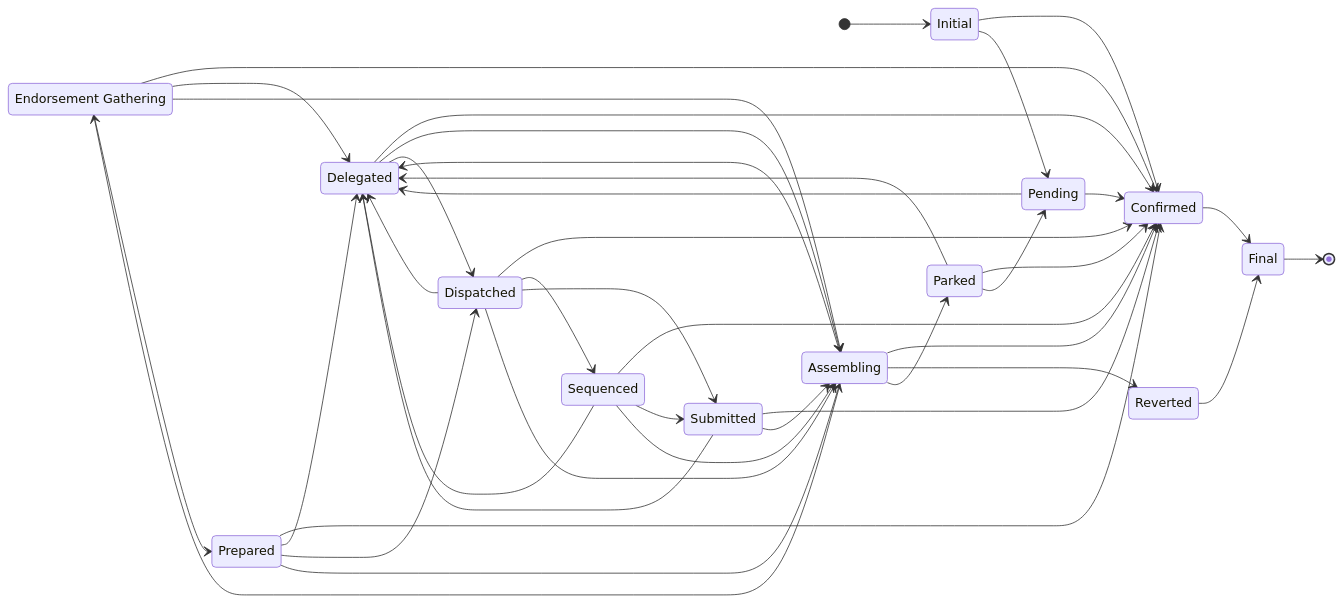
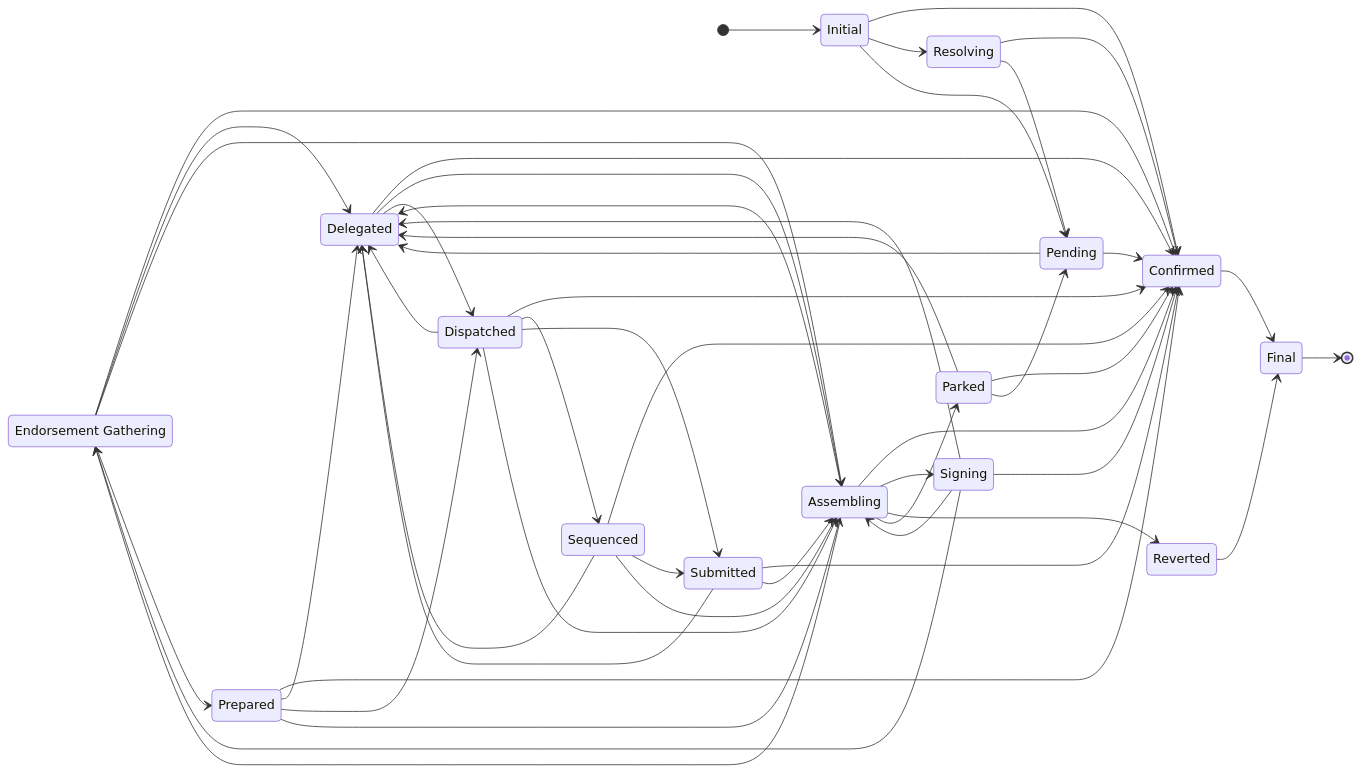
One commit to LFDT-Paladin/paladin changed the fourth of 4 diagrams in doc-site/docs/architecture/distributed_sequencer_state_machine.md. Above: the diagram before and after it, drawn with Mermaid. The commit also changed other lines of this file and 15 other files, not shown here.

````diff
--- a/doc-site/docs/architecture/distributed_sequencer_state_machine.md
+++ b/doc-site/docs/architecture/distributed_sequencer_state_machine.md
@@ -168,45 +165,53 @@
 ```mermaid
 %%{init: {'themeVariables': {'background': 'transparent'}}}%%
 stateDiagram-v2
     direction LR
     state "Endorsement Gathering" as Endorsement_Gathering
     [*] --> Initial
     Initial --> Confirmed
+    Initial --> Resolving
     Initial --> Pending
+    Resolving --> Confirmed
+    Resolving --> Pending
     Pending --> Confirmed
     Pending --> Delegated
     Delegated --> Confirmed
     Delegated --> Assembling
     Delegated --> Dispatched
     Assembling --> Confirmed
     Assembling --> Delegated
+    Assembling --> Signing
     Assembling --> Endorsement_Gathering
     Assembling --> Reverted
     Assembling --> Parked
+    Signing --> Confirmed
+    Signing --> Delegated
+    Signing --> Endorsement_Gathering
+    Signing --> Assembling
     Endorsement_Gathering --> Confirmed
     Endorsement_Gathering --> Delegated
     Endorsement_Gathering --> Assembling
     Endorsement_Gathering --> Prepared
     Prepared --> Confirmed
     Prepared --> Delegated
     Prepared --> Dispatched
     Prepared --> Assembling
     Dispatched --> Confirmed
     Dispatched --> Delegated
     Dispatched --> Sequenced
     Dispatched --> Submitted
     Dispatched --> Assembling
     Sequenced --> Confirmed
     Sequenced --> Delegated
     Sequenced --> Submitted
     Sequenced --> Assembling
     Submitted --> Confirmed
     Submitted --> Delegated
     Submitted --> Assembling
     Parked --> Confirmed
     Parked --> Delegated
     Parked --> Pending
     Confirmed --> Final
     Reverted --> Final
     Final --> [*]
 ```
````
